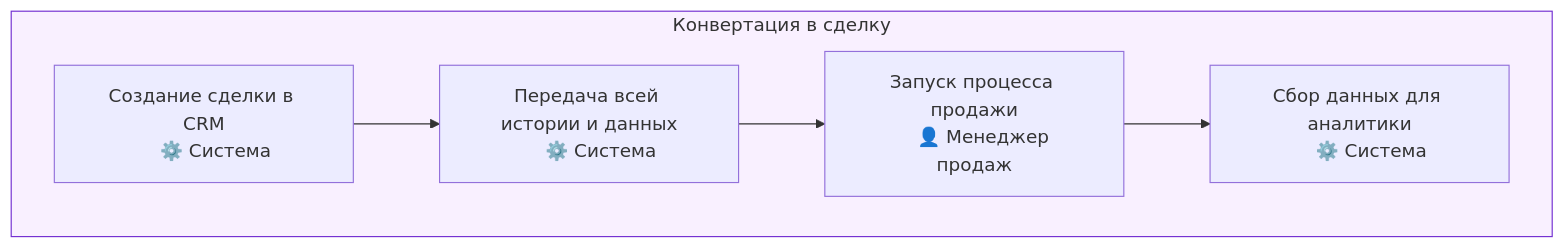
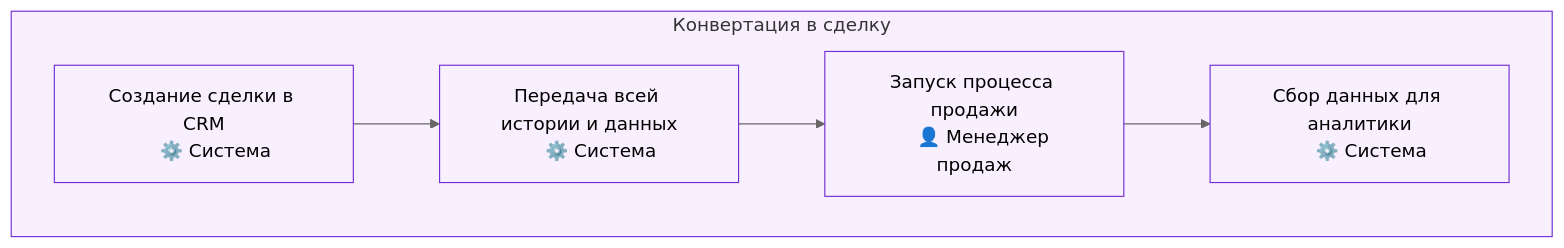
The fifth of 5 diagrams in README.md (electronic777/Trust-PF-Docs), drawn with Mermaid before and after one commit. The commit also changed other lines of this file, not shown here.

````diff
--- a/README.md
+++ b/README.md
@@ -441,26 +628,40 @@
 ```mermaid
+%%{init: {
+  'theme': 'neutral',
+  'themeVariables': {
+    'primaryColor': '#f4f4f4',
+    'primaryTextColor': '#333',
+    'primaryBorderColor': '#ddd',
+    'lineColor': '#666',
+    'secondaryColor': '#f0f7ff',
+    'tertiaryColor': '#fff'
+  }
+}}%%
 flowchart TD
  subgraph conversion["Конвертация в сделку"]
     dealCreation["Создание сделки в CRM
     ⚙️ Система"]
     
     dataTransfer["Передача всей истории и данных
     ⚙️ Система"]
     
     salesProcess["Запуск процесса продажи
     👤 Менеджер продаж"]
     
     analyticsCollection["Сбор данных для аналитики
     ⚙️ Система"]
     
     dealCreation --> dataTransfer
     dataTransfer --> salesProcess
     salesProcess --> analyticsCollection
  end
  
  %% Стили для блоков
- classDef conversionBlock fill:#f9f0ff,stroke:#722ed1
+ style conversion fill:#f9f0ff,stroke:#722ed1,stroke-width:1px
  
- %% Применение стилей
- conversion:::conversionBlock
+ %% Стили для элементов
+ style dealCreation fill:#f9f0ff,stroke:#722ed1,stroke-width:1px
+ style dataTransfer fill:#f9f0ff,stroke:#722ed1,stroke-width:1px
+ style salesProcess fill:#f9f0ff,stroke:#722ed1,stroke-width:1px
+ style analyticsCollection fill:#f9f0ff,stroke:#722ed1,stroke-width:1px
 ```
````
